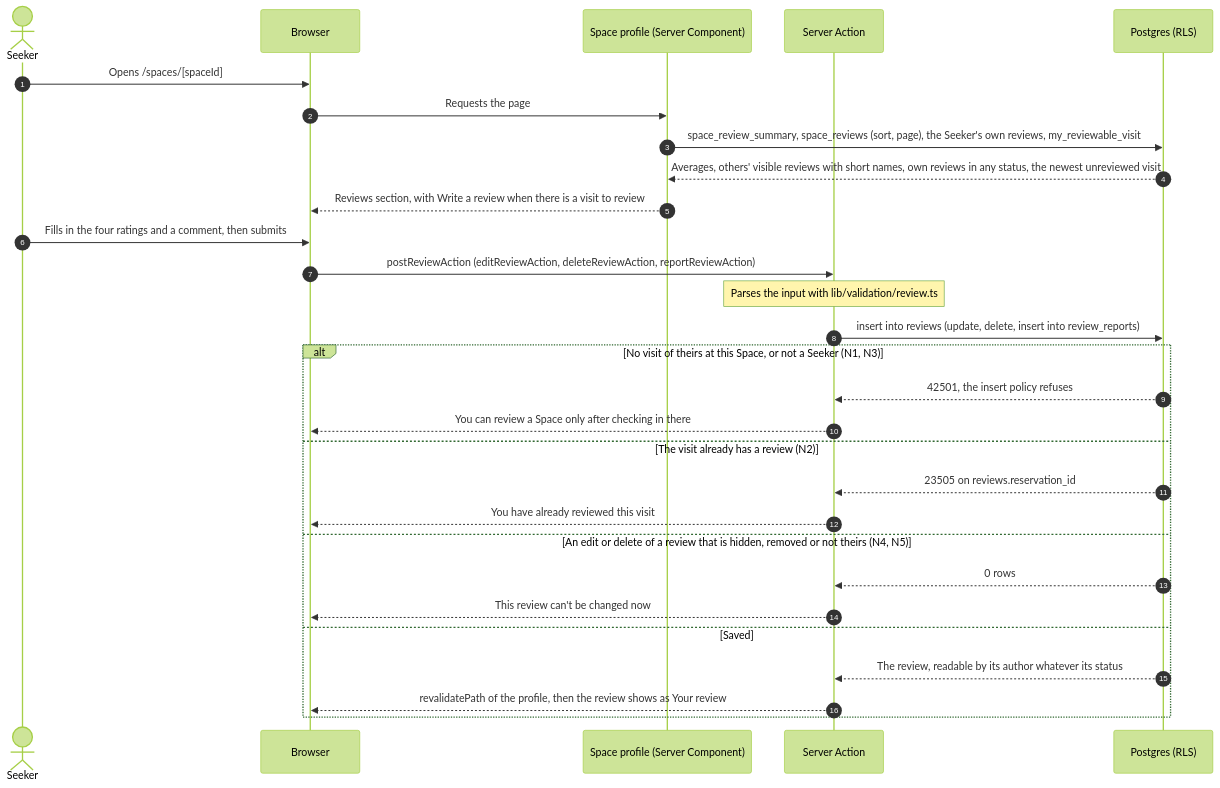
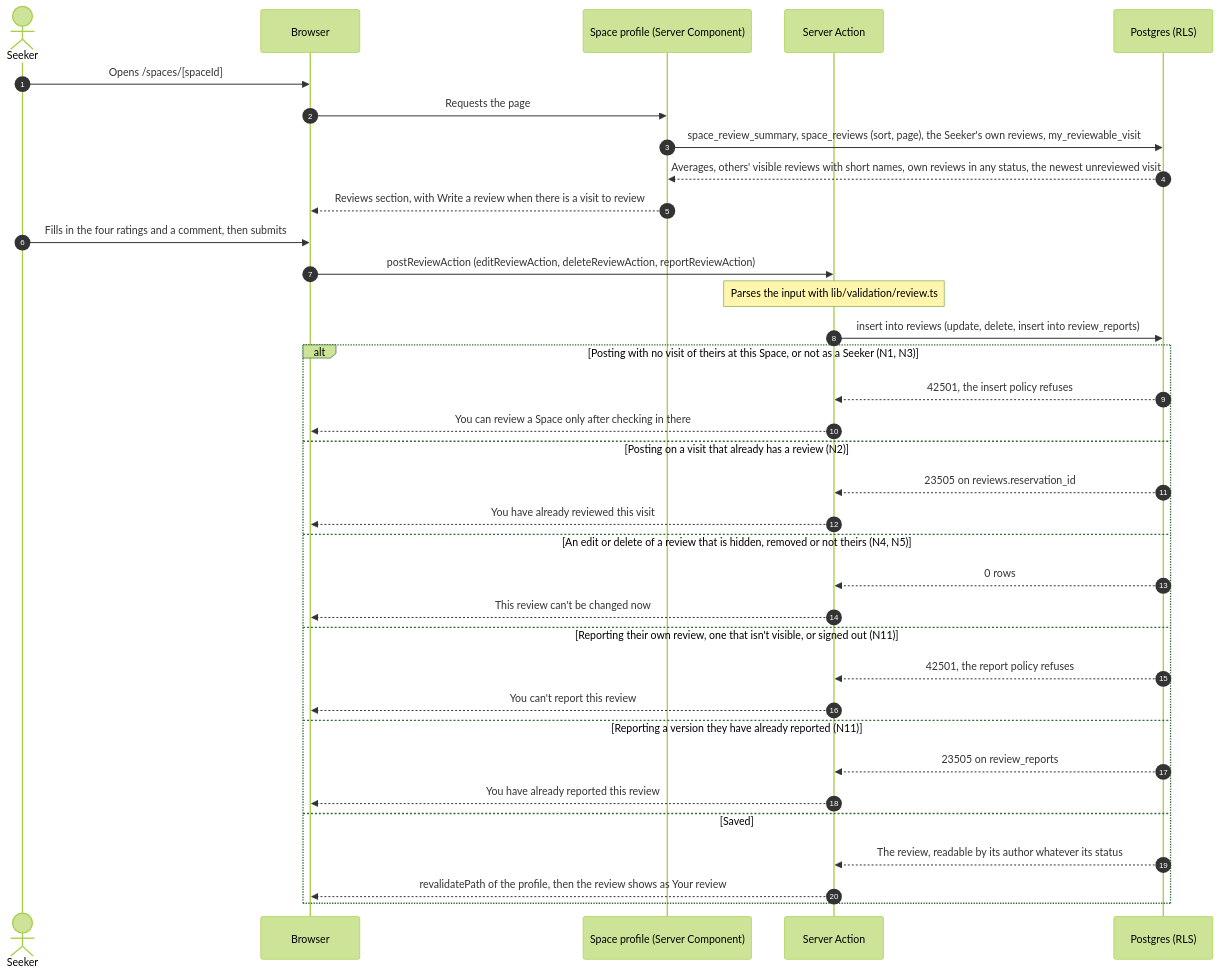
The diagram in docs/design/STORY-13-reviews.md (dreeyanzz/studyhub), drawn with Mermaid (forest theme) before and after one commit. The commit also changed other lines of this file, not shown here.

First line of the commit message:
docs(STORY-13): grant the visit check and batch the rating reads

````diff
--- a/docs/design/STORY-13-reviews.md
+++ b/docs/design/STORY-13-reviews.md
@@ -72,31 +72,37 @@
 ```mermaid
 sequenceDiagram
     autonumber
     actor S as Seeker
     participant B as Browser
     participant P as Space profile (Server Component)
     participant A as Server Action
     participant DB as Postgres (RLS)
     S->>B: Opens /spaces/[spaceId]
     B->>P: Requests the page
     P->>DB: space_review_summary, space_reviews (sort, page), the Seeker's own reviews, my_reviewable_visit
     DB-->>P: Averages, others' visible reviews with short names, own reviews in any status, the newest unreviewed visit
     P-->>B: Reviews section, with Write a review when there is a visit to review
     S->>B: Fills in the four ratings and a comment, then submits
     B->>A: postReviewAction (editReviewAction, deleteReviewAction, reportReviewAction)
     Note over A: Parses the input with lib/validation/review.ts
     A->>DB: insert into reviews (update, delete, insert into review_reports)
-    alt No visit of theirs at this Space, or not a Seeker (N1, N3)
+    alt Posting with no visit of theirs at this Space, or not as a Seeker (N1, N3)
         DB-->>A: 42501, the insert policy refuses
         A-->>B: You can review a Space only after checking in there
-    else The visit already has a review (N2)
+    else Posting on a visit that already has a review (N2)
         DB-->>A: 23505 on reviews.reservation_id
         A-->>B: You have already reviewed this visit
     else An edit or delete of a review that is hidden, removed or not theirs (N4, N5)
         DB-->>A: 0 rows
         A-->>B: This review can't be changed now
+    else Reporting their own review, one that isn't visible, or signed out (N11)
+        DB-->>A: 42501, the report policy refuses
+        A-->>B: You can't report this review
+    else Reporting a version they have already reported (N11)
+        DB-->>A: 23505 on review_reports
+        A-->>B: You have already reported this review
     else Saved
         DB-->>A: The review, readable by its author whatever its status
         A-->>B: revalidatePath of the profile, then the review shows as Your review
     end
 ```
````
